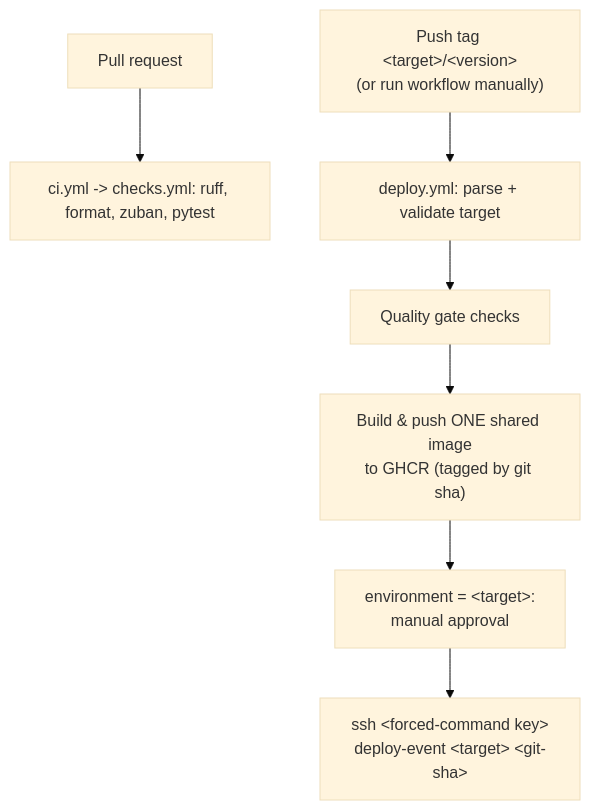
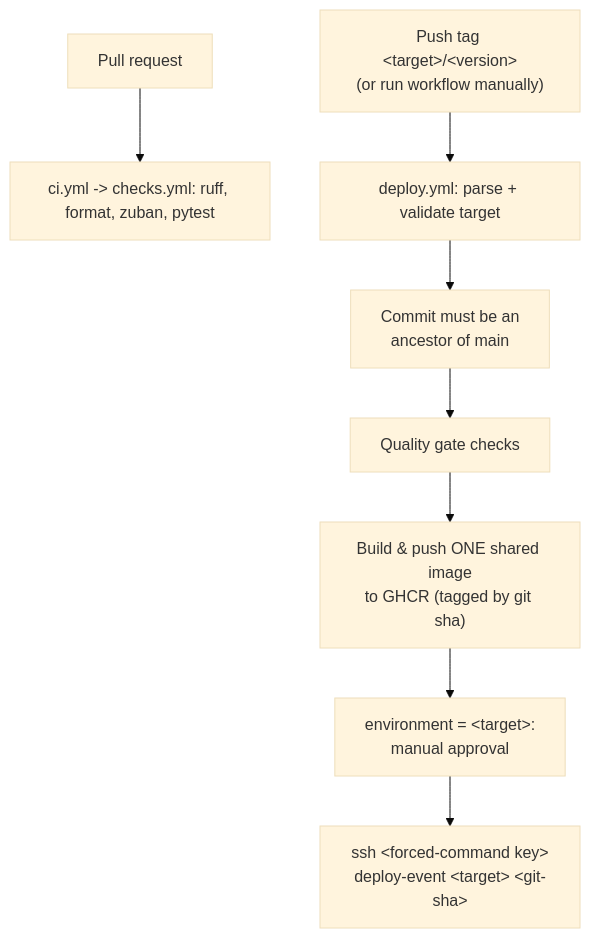
Before and after one commit to PioneersHub/pyconde-talks: the diagram in docs/deployment/ci-cd.md, drawn with Mermaid (base theme). The commit also changed other lines of this file and 1 other file, not shown here.

````diff
--- a/docs/deployment/ci-cd.md
+++ b/docs/deployment/ci-cd.md
@@ -13,10 +13,11 @@
 ```mermaid
 flowchart TD
     PR[Pull request] --> checks_pr["ci.yml -> checks.yml: ruff, format, zuban, pytest"]
 
     tag["Push tag &lt;target&gt;/&lt;version&gt;<br/>(or run workflow manually)"] --> parse["deploy.yml: parse + validate target"]
-    parse --> checks[Quality gate checks]
+    parse --> merged["Commit must be an<br/>ancestor of main"]
+    merged --> checks[Quality gate checks]
     checks --> build["Build & push ONE shared image<br/>to GHCR (tagged by git sha)"]
     build --> approve["environment = &lt;target&gt;:<br/>manual approval"]
     approve --> ssh["ssh &lt;forced-command key&gt;<br/>deploy-event &lt;target&gt; &lt;git-sha&gt;"]
 ```
````
